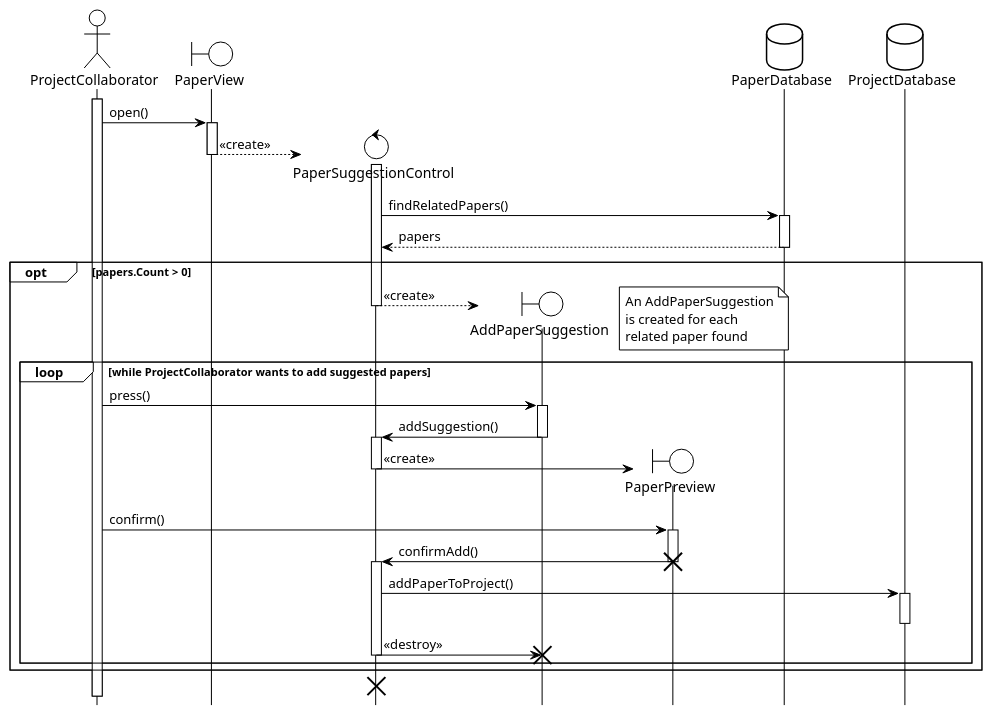
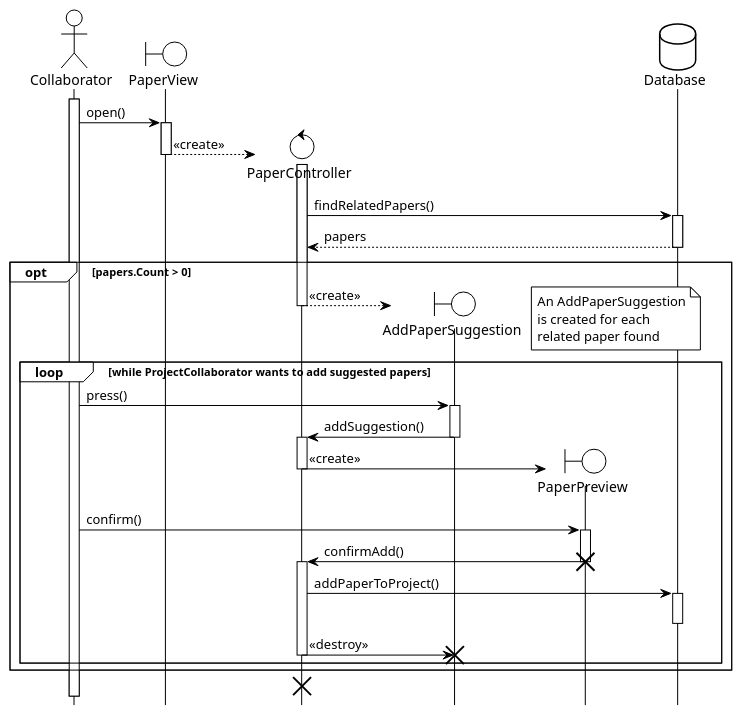
One commit to BlueMango10/Project-uml changed the diagram in Use case sequence diagrams/AddSuggestedPaper.puml. Above: the diagram before and after it, drawn with PlantUML. The commit also changed 22 other files, not shown here.

Commit message:
redfined sequence diagrams and use case

```diff
--- a/Use case sequence diagrams/AddSuggestedPaper.puml
+++ b/Use case sequence diagrams/AddSuggestedPaper.puml
@@ -1,71 +1,71 @@
 @startuml AddSuggestedPaper
 !theme plain
 hide footbox
-actor ProjectCollaborator as pc
+actor Collaborator as pc
 boundary PaperView as pv
-control PaperSuggestionControl as psc
+control PaperController as psc
 boundary AddPaperSuggestion as aps
 boundary PaperPreview as pp
-database PaperDatabase as pd
-database ProjectDatabase as pd2
+database Database as pd
+
 
 activate pc
 
 pc -> pv : open()
 activate pv
 
 create psc
 pv --> psc : <<create>>
 activate psc
 deactivate pv
 
 psc -> pd : findRelatedPapers()
 activate pd
 pd --> psc : papers
 deactivate pd
 
 opt papers.Count > 0
 
 	create aps
 	psc --> aps : <<create>>
 	deactivate psc
 	
 	note right
 	An AddPaperSuggestion
 	is created for each
 	related paper found
 	end note
 
 	loop while ProjectCollaborator wants to add suggested papers
 
 		pc -> aps : press()
 		activate aps
 
 		aps -> psc : addSuggestion()
 		deactivate aps
 		activate psc
 
 		create pp
 		psc -> pp : <<create>>
 		deactivate psc
 
 		pc -> pp : confirm()
 		activate pp
 
 		pp -> psc : confirmAdd()
 		destroy pp
 		activate psc
 
-		psc -> pd2 : addPaperToProject()
-		activate pd2
-		deactivate pd2
+		psc -> pd : addPaperToProject()
+		activate pd
+		deactivate pd
 
 		psc -> aps : <<destroy>>
 		deactivate psc
 		destroy aps
 
 	end
 end
 
 destroy psc
 @enduml
```
